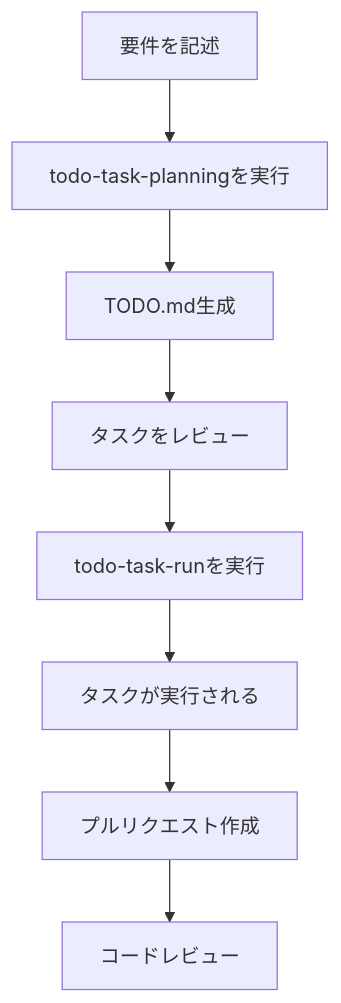
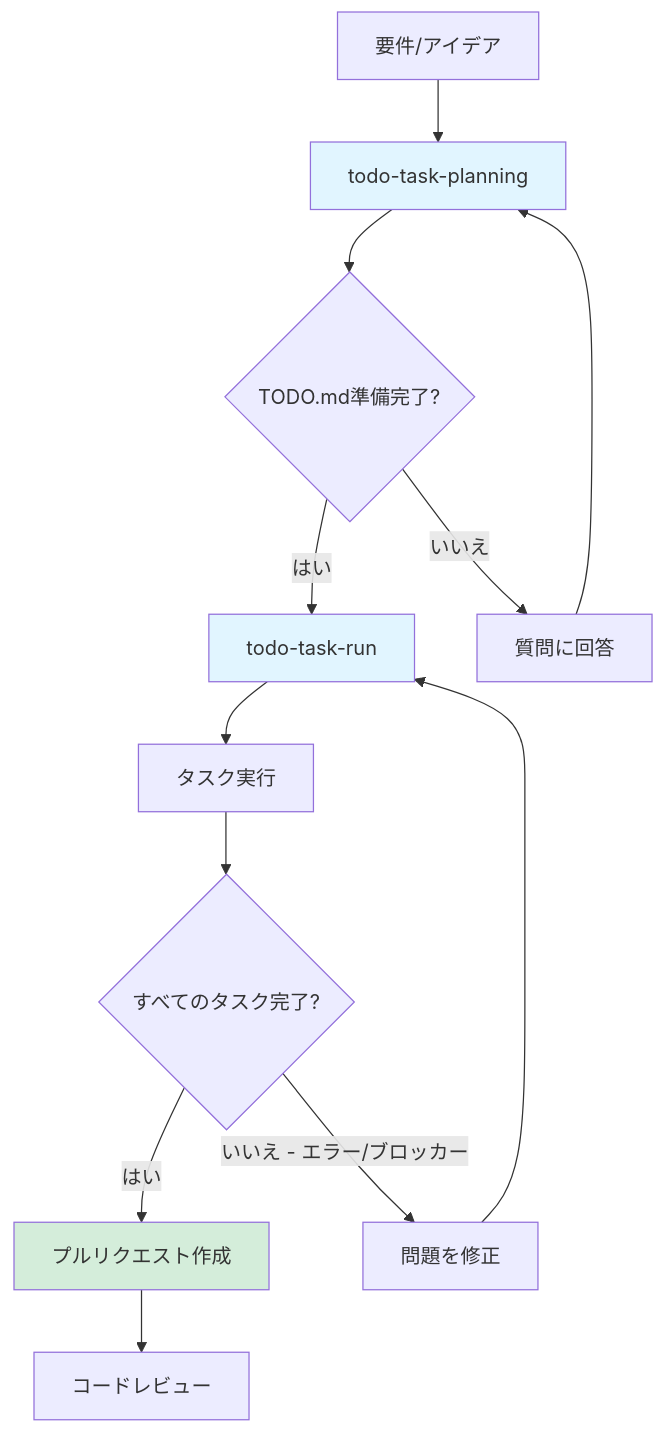
One commit to gendosu/gendosu-claude-plugins changed the second of 3 diagrams in plugins/cccp/TODO-TASK-HOWTO.ja.md. Above: the diagram before and after it, drawn with Mermaid. The commit also changed other lines of this file, not shown here.

````diff
--- a/plugins/cccp/TODO-TASK-HOWTO.ja.md
+++ b/plugins/cccp/TODO-TASK-HOWTO.ja.md
@@ -114,10 +1749,18 @@
 ```mermaid
 graph TD
-    A[要件を記述] --> B[todo-task-planningを実行]
-    B --> C[TODO.md生成]
-    C --> D[タスクをレビュー]
-    D --> E[todo-task-runを実行]
-    E --> F[タスクが実行される]
-    F --> G[プルリクエスト作成]
-    G --> H[コードレビュー]
+    A[要件/アイデア] --> B[todo-task-planning]
+    B --> C{TODO.md準備完了?}
+    C -->|はい| D[todo-task-run]
+    C -->|いいえ| E[質問に回答]
+    E --> B
+    D --> F[タスク実行]
+    F --> G{すべてのタスク完了?}
+    G -->|はい| H[プルリクエスト作成]
+    G -->|いいえ - エラー/ブロッカー| I[問題を修正]
+    I --> D
+    H --> J[コードレビュー]
+
+    style B fill:#e1f5ff
+    style D fill:#e1f5ff
+    style H fill:#d4edda
 ```
````
